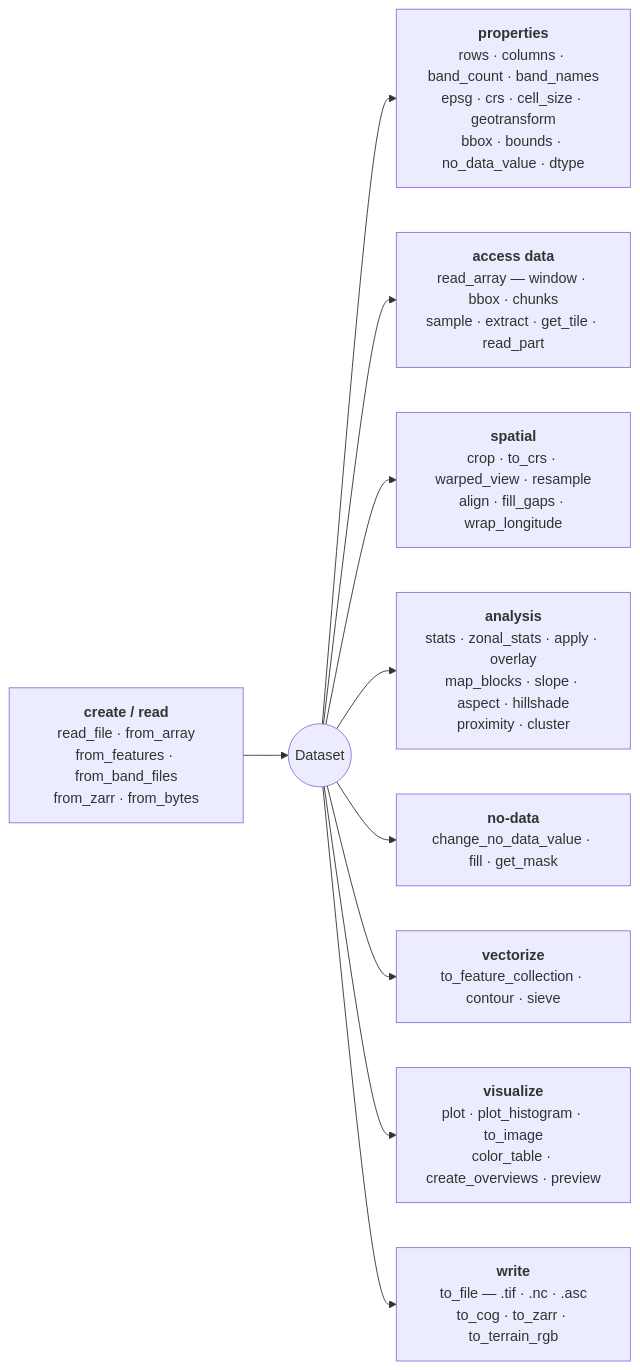
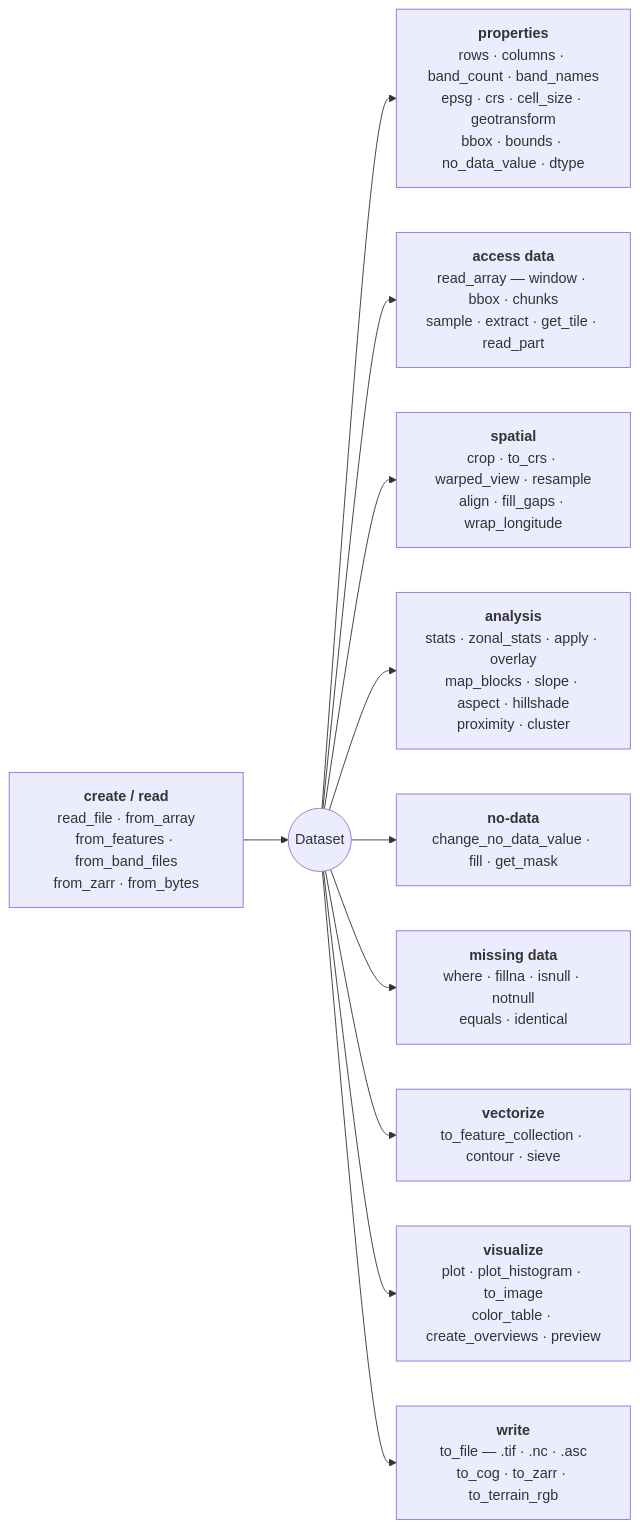
Before and after one commit to serapeum-org/pyramids: the first of 4 diagrams in docs/reference/dataset/index.md, drawn with Mermaid. The commit also changed 18 other files, not shown here.

````diff
--- a/docs/reference/dataset/index.md
+++ b/docs/reference/dataset/index.md
@@ -5,13 +5,14 @@
 ```mermaid
 flowchart LR
     CR["<b>create / read</b><br/>read_file · from_array<br/>from_features · from_band_files<br/>from_zarr · from_bytes"] --> DS(("Dataset"))
 
     DS --> PR["<b>properties</b><br/>rows · columns · band_count · band_names<br/>epsg · crs · cell_size · geotransform<br/>bbox · bounds · no_data_value · dtype"]
     DS --> AC["<b>access data</b><br/>read_array — window · bbox · chunks<br/>sample · extract · get_tile · read_part"]
     DS --> SP["<b>spatial</b><br/>crop · to_crs · warped_view · resample<br/>align · fill_gaps · wrap_longitude"]
     DS --> AN["<b>analysis</b><br/>stats · zonal_stats · apply · overlay<br/>map_blocks · slope · aspect · hillshade<br/>proximity · cluster"]
     DS --> ND["<b>no-data</b><br/>change_no_data_value · fill · get_mask"]
+    DS --> MD["<b>missing data</b><br/>where · fillna · isnull · notnull<br/>equals · identical"]
     DS --> VE["<b>vectorize</b><br/>to_feature_collection · contour · sieve"]
     DS --> VI["<b>visualize</b><br/>plot · plot_histogram · to_image<br/>color_table · create_overviews · preview"]
     DS --> WR["<b>write</b><br/>to_file — .tif · .nc · .asc<br/>to_cog · to_zarr · to_terrain_rgb"]
 ```
````
